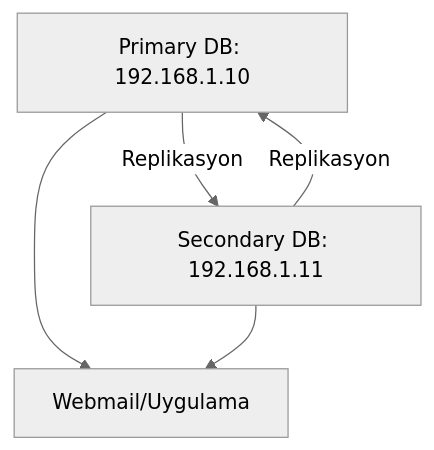
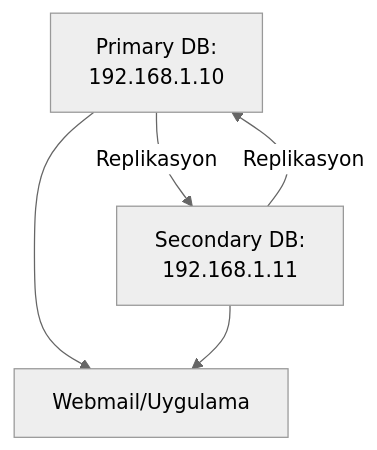
The fourth of 5 diagrams in README.md (ugurcomptech/Mail-Cluster), drawn with Mermaid (neutral theme) before and after one commit. The commit also changed other lines of this file, not shown here.

````diff
--- a/README.md
+++ b/README.md
@@ -233,7 +234,7 @@
 ```mermaid
 graph TD
-    A[Primary DB: 192.168.1.10] -->|Replikasyon| B[Secondary DB: 192.168.1.11]
+    A[Primary DB:<br>192.168.1.10] -->|Replikasyon| B[Secondary DB:<br>192.168.1.11]
     B -->|Replikasyon| A
     A --> C[Webmail/Uygulama]
     B --> C
 ```
````
